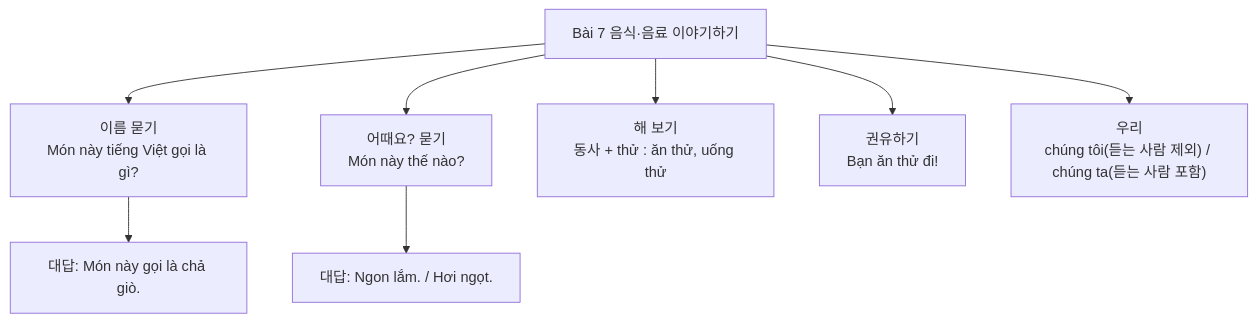
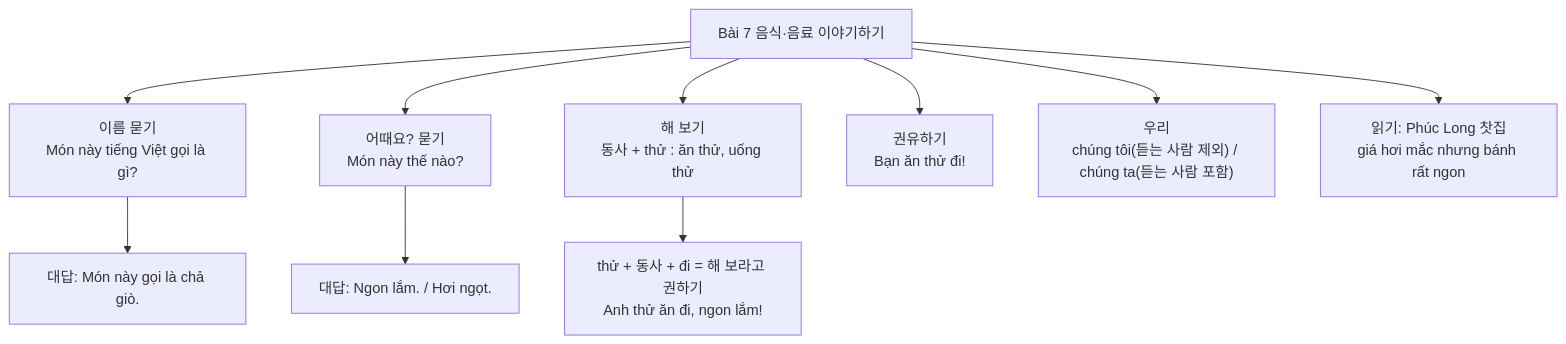
One commit to hyunsdaddy-moon/exam-prep-2026-2-2 changed the diagram in exam/베트남어_시험공부/03_Bai7_Mon_nay_tieng_Viet_goi_la_gi.md. Above: the diagram before and after it, drawn with Mermaid. The commit also changed other lines of this file and 27 other files, not shown here.

````diff
--- a/exam/베트남어_시험공부/03_Bai7_Mon_nay_tieng_Viet_goi_la_gi.md
+++ b/exam/베트남어_시험공부/03_Bai7_Mon_nay_tieng_Viet_goi_la_gi.md
@@ -6,10 +5,12 @@
 ```mermaid
 flowchart TD
     A["Bài 7 음식·음료 이야기하기"] --> B["이름 묻기<br/>Món này tiếng Việt gọi là gì?"]
     A --> C["어때요? 묻기<br/>Món này thế nào?"]
     A --> D["해 보기<br/>동사 + thử : ăn thử, uống thử"]
     A --> E["권유하기<br/>Bạn ăn thử đi!"]
     A --> F["우리<br/>chúng tôi(듣는 사람 제외) / chúng ta(듣는 사람 포함)"]
     B --> B1["대답: Món này gọi là chả giò."]
     C --> C1["대답: Ngon lắm. / Hơi ngọt."]
+    D --> D1["thử + 동사 + đi = 해 보라고 권하기<br/>Anh thử ăn đi, ngon lắm!"]
+    A --> G["읽기: Phúc Long 찻집<br/>giá hơi mắc nhưng bánh rất ngon"]
 ```
````
